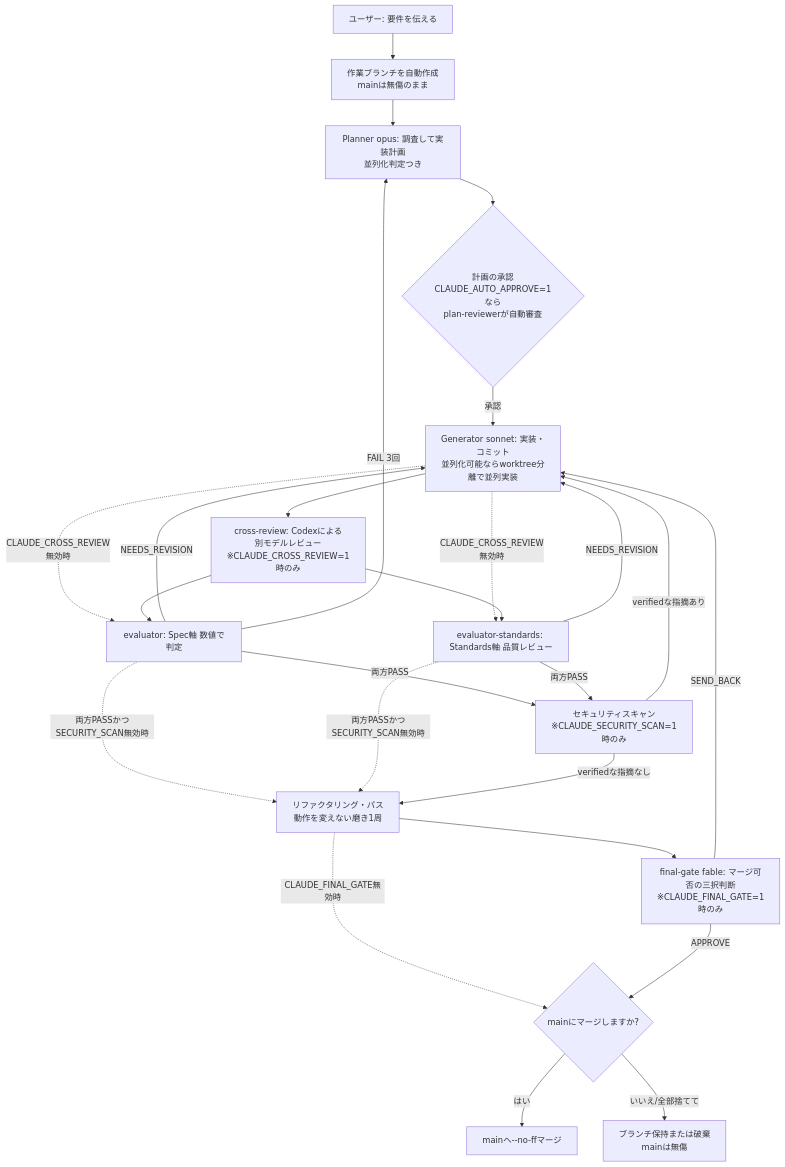
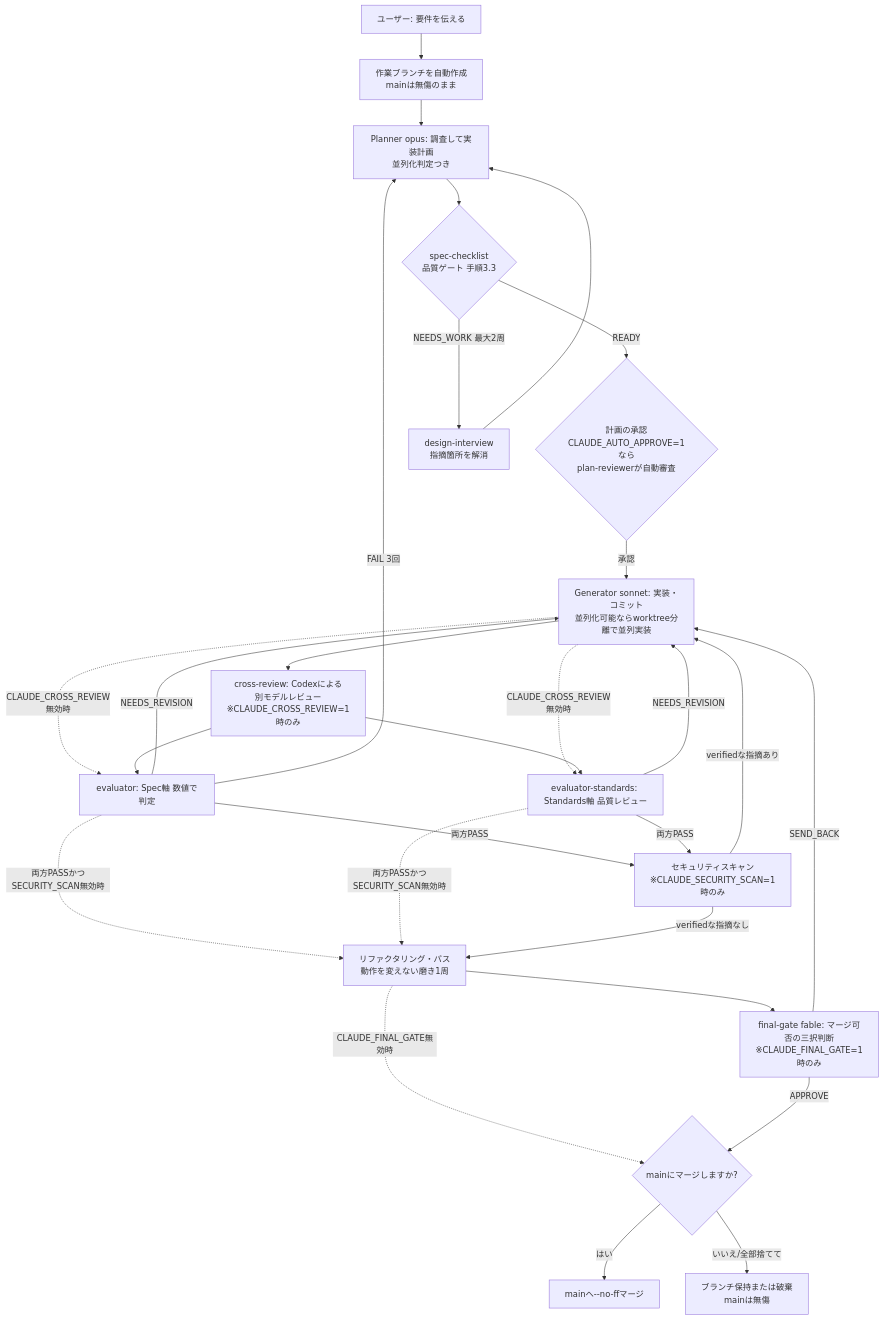
Before and after one commit to takayoshitoyoda05/claude-ml-template: the first of 2 diagrams in README.md, drawn with Mermaid. The commit also changed other lines of this file, not shown here.

Commit message:
feat(step 6): README に spec-checklist/EARS/設計書ワークフローを追記

````diff
--- a/README.md
+++ b/README.md
@@ -7,24 +7,27 @@
 ```mermaid
 flowchart TD
     A[ユーザー: 要件を伝える] --> BR[作業ブランチを自動作成<br>mainは無傷のまま]
     BR --> B[Planner opus: 調査して実装計画<br>並列化判定つき]
-    B --> C{計画の承認<br>CLAUDE_AUTO_APPROVE=1なら<br>plan-reviewerが自動審査}
+    B --> SC{spec-checklist<br>品質ゲート 手順3.3}
+    SC -->|READY| C{計画の承認<br>CLAUDE_AUTO_APPROVE=1なら<br>plan-reviewerが自動審査}
+    SC -->|NEEDS_WORK 最大2周| DI[design-interview<br>指摘箇所を解消]
+    DI --> B
     C -->|承認| D[Generator sonnet: 実装・コミット<br>並列化可能ならworktree分離で並列実装]
     D --> X[cross-review: Codexによる<br>別モデルレビュー<br>※CLAUDE_CROSS_REVIEW=1時のみ]
     D -.->|CLAUDE_CROSS_REVIEW無効時| E
     D -.->|CLAUDE_CROSS_REVIEW無効時| F
     X --> E[evaluator: Spec軸 数値で判定]
     X --> F[evaluator-standards: Standards軸 品質レビュー]
     E & F -->|両方PASS| AD[セキュリティスキャン<br>※CLAUDE_SECURITY_SCAN=1時のみ]
     E & F -->|NEEDS_REVISION| D
     E -->|FAIL 3回| B
     E & F -.->|両方PASSかつSECURITY_SCAN無効時| P
     AD -->|verifiedな指摘なし| P[リファクタリング・パス<br>動作を変えない磨き1周]
     AD -->|verifiedな指摘あり| D
     P --> FG[final-gate fable: マージ可否の三択判断<br>※CLAUDE_FINAL_GATE=1時のみ]
     P -.->|CLAUDE_FINAL_GATE無効時| M
     FG -->|APPROVE| M{mainにマージしますか?}
     FG -->|SEND_BACK| D
     M -->|はい| G[mainへ--no-ffマージ]
     M -->|いいえ/全部捨てて| K[ブランチ保持または破棄<br>mainは無傷]
 ```
````
